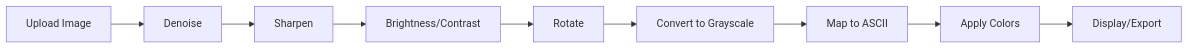
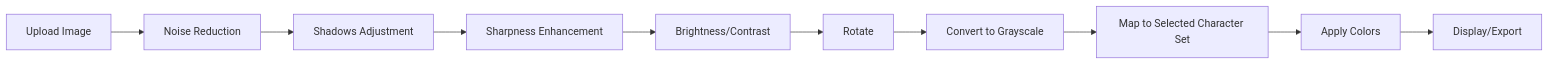
The diagram in README.md (ManiTeymouri/ASCII-Art), drawn with Mermaid before and after one commit. The commit also changed other lines of this file, not shown here.

````diff
--- a/README.md
+++ b/README.md
@@ -250,11 +286,12 @@
 ```mermaid
 graph LR
-    A[Upload Image] --> B[Denoise]
-    B --> C[Sharpen]
-    C --> D[Brightness/Contrast]
-    D --> E[Rotate]
-    E --> F[Convert to Grayscale]
-    F --> G[Map to ASCII]
-    G --> H[Apply Colors]
-    H --> I[Display/Export]
+    A[Upload Image] --> B[Noise Reduction]
+    B --> C[Shadows Adjustment]
+    C --> D[Sharpness Enhancement]
+    D --> E[Brightness/Contrast]
+    E --> F[Rotate]
+    F --> G[Convert to Grayscale]
+    G --> H[Map to Selected Character Set]
+    H --> I[Apply Colors]
+    I --> J[Display/Export]
 ```
````
